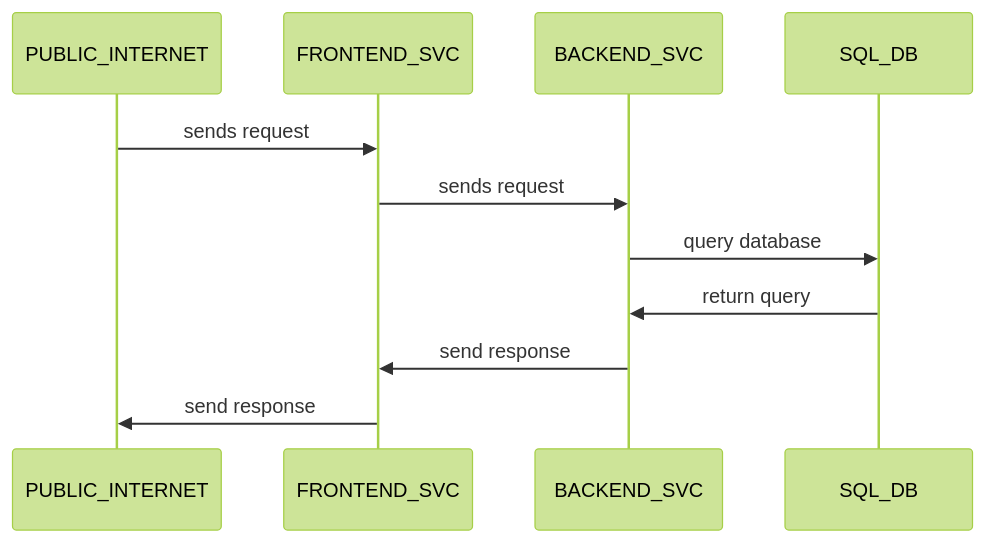
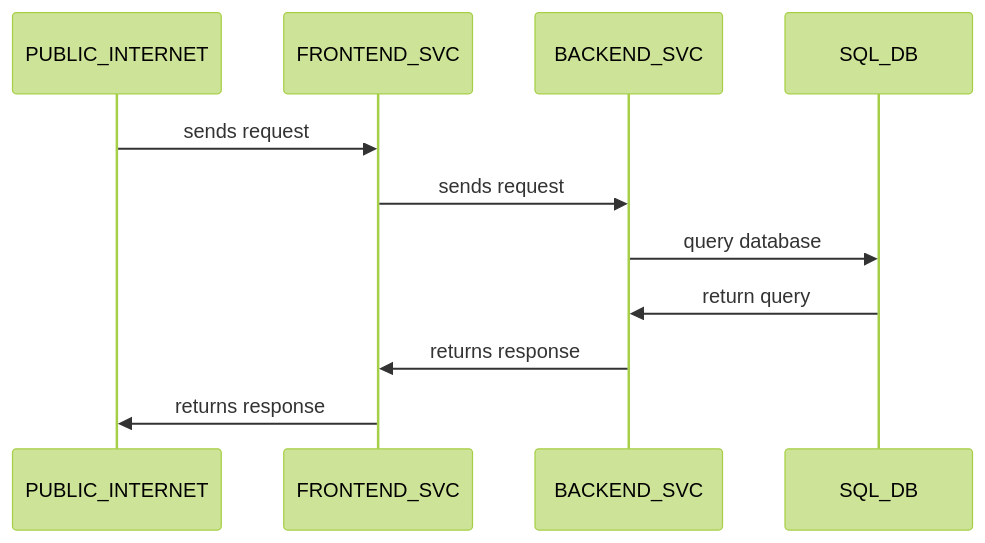
One commit to mxava/mcbroken-ml changed the second of 2 diagrams in architecture.md. Above: the diagram before and after it, drawn with Mermaid (forest theme).

````diff
--- a/architecture.md
+++ b/architecture.md
@@ -18,14 +18,14 @@
 ```mermaid
 sequenceDiagram
    participant PUBLIC_INTERNET
    participant FRONTEND_SVC
    participant BACKEND_SVC
    participant SQL_DB
 
    PUBLIC_INTERNET->>FRONTEND_SVC: sends request
    FRONTEND_SVC->>BACKEND_SVC: sends request
    BACKEND_SVC->>SQL_DB: query database
    SQL_DB->>BACKEND_SVC: return query
-   BACKEND_SVC->>FRONTEND_SVC: send response
-   FRONTEND_SVC->>PUBLIC_INTERNET: send response
+   BACKEND_SVC->>FRONTEND_SVC: returns response
+   FRONTEND_SVC->>PUBLIC_INTERNET: returns response
 ```
````
